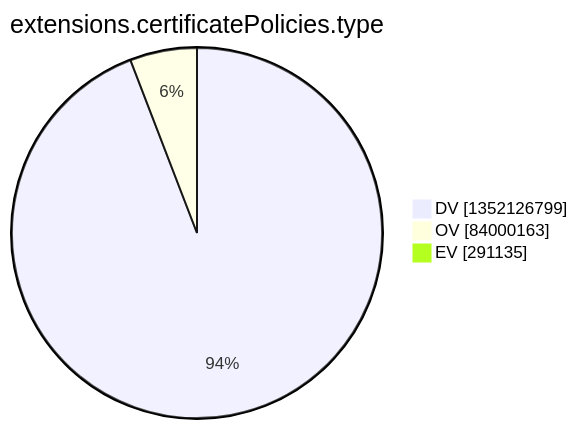
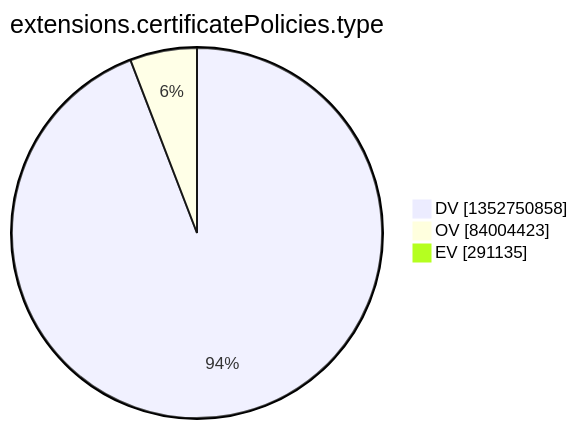
One commit to christiankrug/ctmonitor_visualization changed the tenth of 15 diagrams in argon2022/README.md. Above: the diagram before and after it, drawn with Mermaid. The commit also changed other lines of this file, not shown here.

````diff
--- a/argon2022/README.md
+++ b/argon2022/README.md
@@ -2773,7 +2773,7 @@
 ```mermaid
 pie showData
 title extensions.certificatePolicies.type
-"DV" :1352126799
-"OV" :84000163
+"DV" :1352750858
+"OV" :84004423
 "EV" :291135
 ```
````
